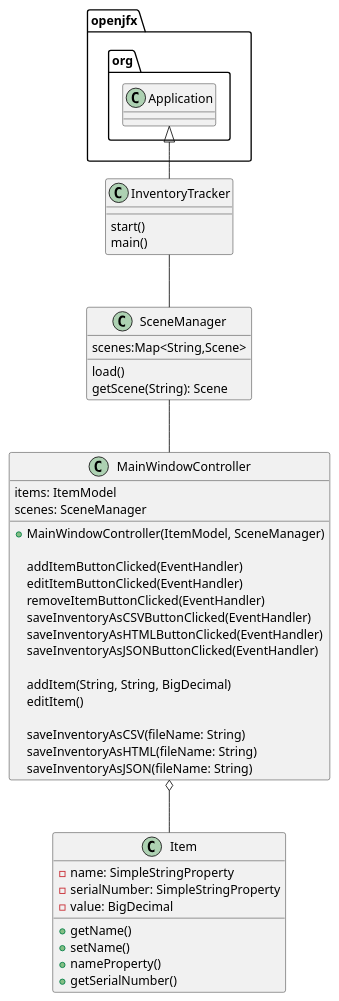
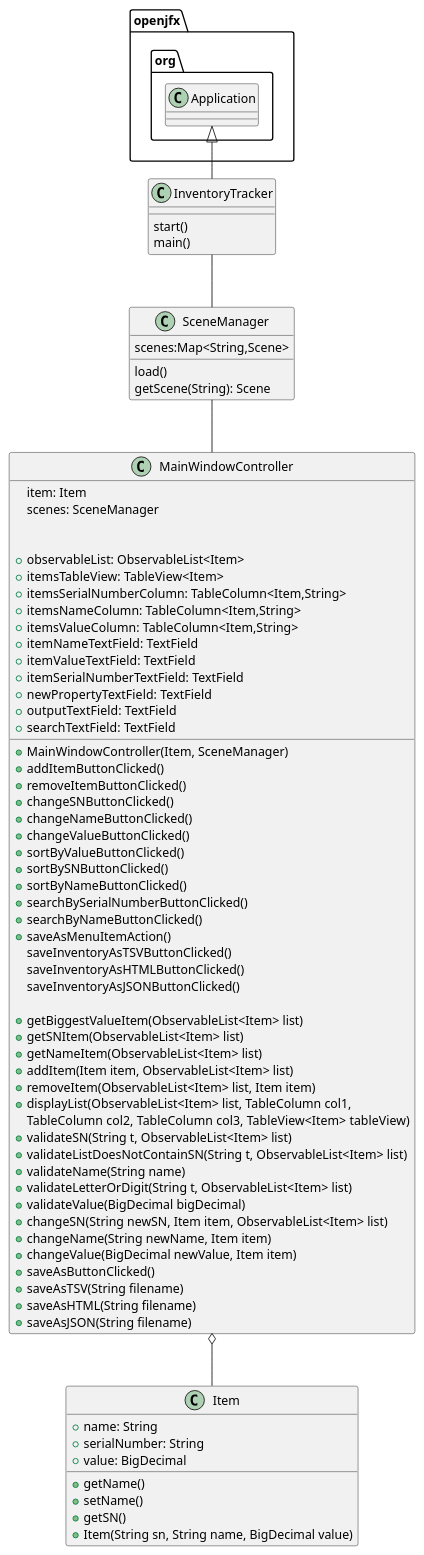
Before and after one commit to christianklingbiel/klingbiel-9967-a5: the diagram in uml/exercise56.puml, drawn with PlantUML. The commit also changed 3 other files, not shown here.

```diff
--- a/uml/exercise56.puml
+++ b/uml/exercise56.puml
@@ -1,51 +1,84 @@
 @startuml
 class InventoryTracker{
     start()
     main()
 }
 
 class SceneManager{
     scenes:Map<String,Scene>
 
     load()
     getScene(String): Scene
 }
 
 class MainWindowController{
-    items: ItemModel
+    item: Item
     scenes: SceneManager
 
-    + MainWindowController(ItemModel, SceneManager)
+    + MainWindowController(Item, SceneManager)
 
-    addItemButtonClicked(EventHandler)
-    editItemButtonClicked(EventHandler)
-    removeItemButtonClicked(EventHandler)
-    saveInventoryAsCSVButtonClicked(EventHandler)
-    saveInventoryAsHTMLButtonClicked(EventHandler)
-    saveInventoryAsJSONButtonClicked(EventHandler)
+    + observableList: ObservableList<Item>
+    + itemsTableView: TableView<Item>
+    + itemsSerialNumberColumn: TableColumn<Item,String>
+    + itemsNameColumn: TableColumn<Item,String>
+    + itemsValueColumn: TableColumn<Item,String>
+    + itemNameTextField: TextField
+    + itemValueTextField: TextField
+    + itemSerialNumberTextField: TextField
+    + newPropertyTextField: TextField
+    + outputTextField: TextField
+    + searchTextField: TextField
 
-    addItem(String, String, BigDecimal)
-    editItem()
+    + addItemButtonClicked()
+    + removeItemButtonClicked()
+    + changeSNButtonClicked()
+    + changeNameButtonClicked()
+    + changeValueButtonClicked()
+    + sortByValueButtonClicked()
+    + sortBySNButtonClicked()
+    + sortByNameButtonClicked()
+    + searchBySerialNumberButtonClicked()
+    + searchByNameButtonClicked()
+    + saveAsMenuItemAction()
+    saveInventoryAsTSVButtonClicked()
+    saveInventoryAsHTMLButtonClicked()
+    saveInventoryAsJSONButtonClicked()
 
-    saveInventoryAsCSV(fileName: String)
-    saveInventoryAsHTML(fileName: String)
-    saveInventoryAsJSON(fileName: String)
+    + getBiggestValueItem(ObservableList<Item> list)
+    + getSNItem(ObservableList<Item> list)
+    + getNameItem(ObservableList<Item> list)
+    + addItem(Item item, ObservableList<Item> list)
+    + removeItem(ObservableList<Item> list, Item item)
+    + displayList(ObservableList<Item> list, TableColumn col1,
+        TableColumn col2, TableColumn col3, TableView<Item> tableView)
+    + validateSN(String t, ObservableList<Item> list)
+    + validateListDoesNotContainSN(String t, ObservableList<Item> list)
+    + validateName(String name)
+    + validateLetterOrDigit(String t, ObservableList<Item> list)
+    + validateValue(BigDecimal bigDecimal)
+    + changeSN(String newSN, Item item, ObservableList<Item> list)
+    + changeName(String newName, Item item)
+    + changeValue(BigDecimal newValue, Item item)
+    + saveAsButtonClicked()
+    + saveAsTSV(String filename)
+    + saveAsHTML(String filename)
+    + saveAsJSON(String filename)
 }
 
 
 class Item{
-    - name: SimpleStringProperty
-    - serialNumber: SimpleStringProperty
-    - value: BigDecimal
+    + name: String
+    + serialNumber: String
+    + value: BigDecimal
 
     + getName()
     + setName()
-    + nameProperty()
-    + getSerialNumber()
+    + getSN()
+    + Item(String sn, String name, BigDecimal value)
 }
 
 openjfx.org.Application <|-- InventoryTracker
 InventoryTracker -- SceneManager
 SceneManager -- MainWindowController
 MainWindowController o-- Item
 @enduml
```
